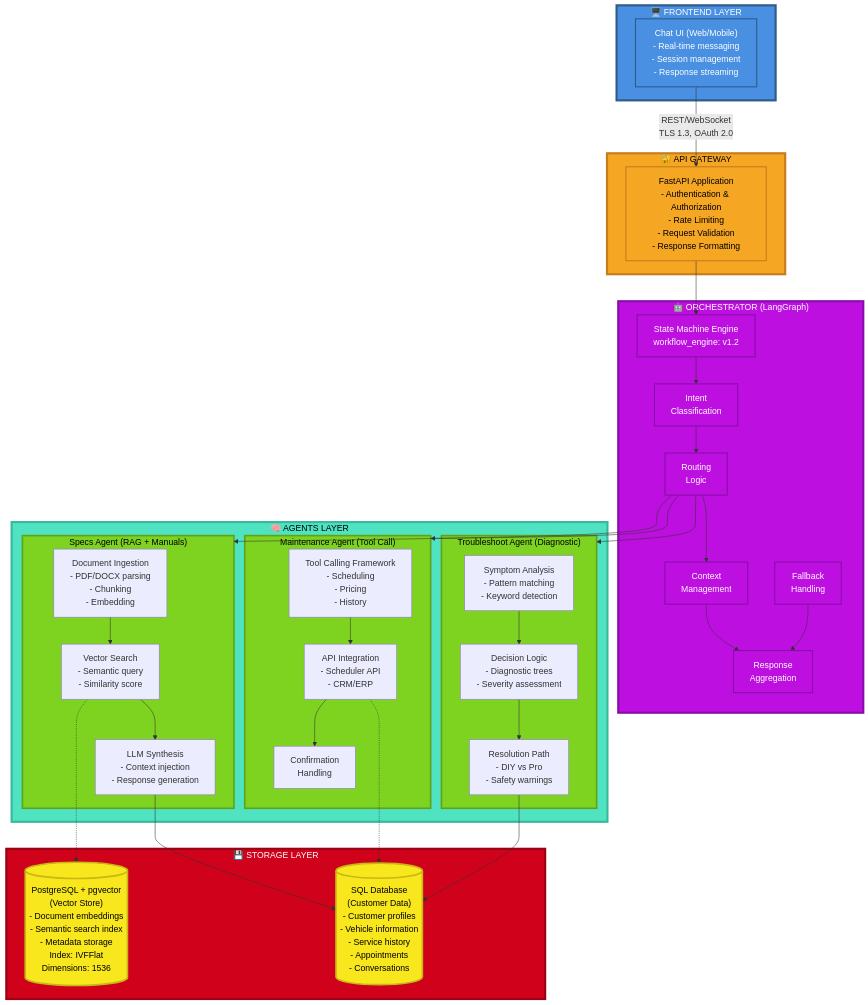
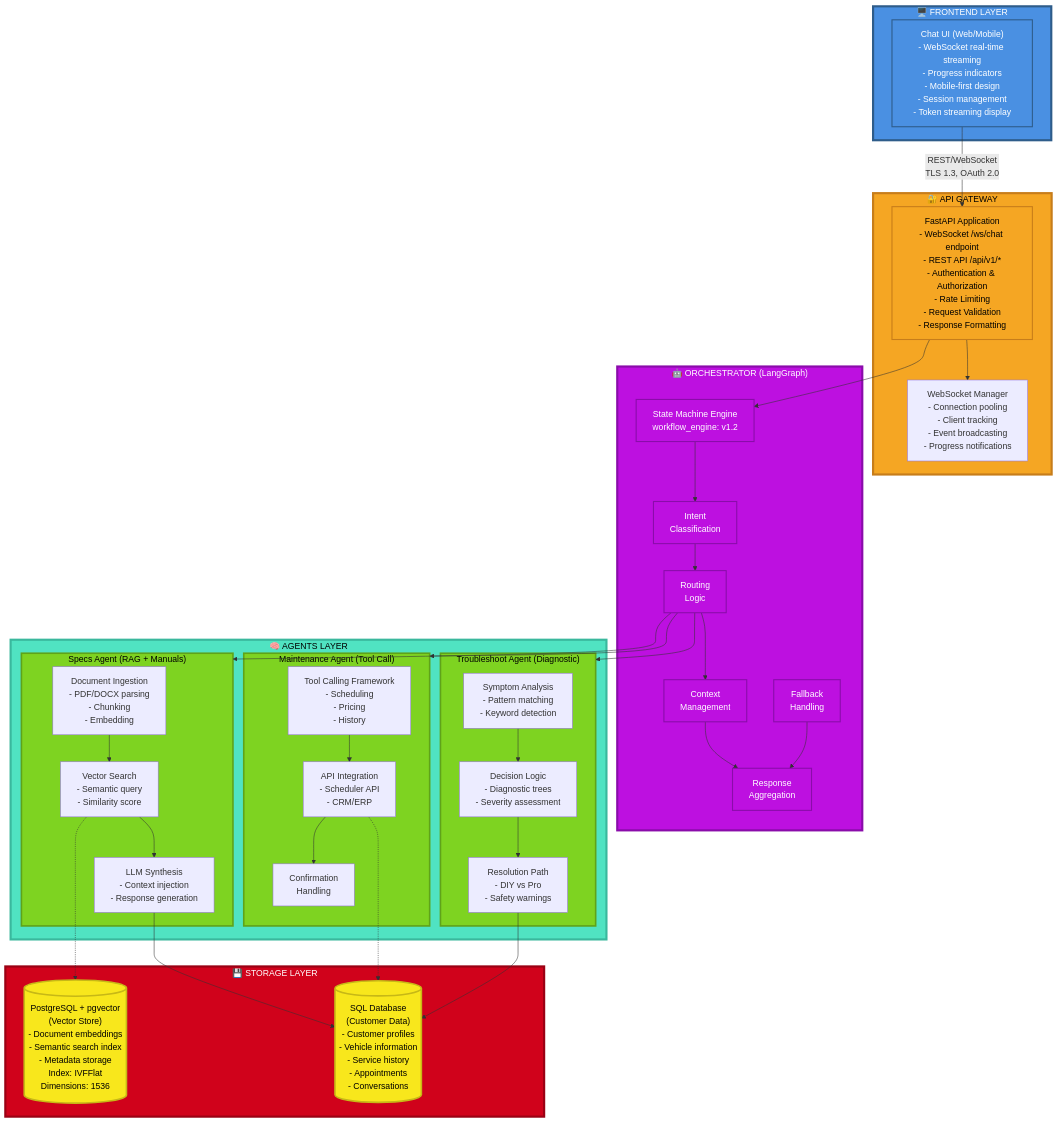
Before and after one commit to Dumorro/genai-auto: the diagram in docs/architecture/ARCHITECTURE.md, drawn with Mermaid. The commit also changed other lines of this file and 1 other file, not shown here.

First line of the commit message:
docs: Update README and architecture for WebSocket chat

````diff
--- a/docs/architecture/ARCHITECTURE.md
+++ b/docs/architecture/ARCHITECTURE.md
@@ -9,11 +9,14 @@
 ```mermaid
 graph TB
     subgraph FRONTEND["🖥️ FRONTEND LAYER"]
-        UI["Chat UI (Web/Mobile)<br/>- Real-time messaging<br/>- Session management<br/>- Response streaming"]
+        UI["Chat UI (Web/Mobile)<br/>- WebSocket real-time streaming<br/>- Progress indicators<br/>- Mobile-first design<br/>- Session management<br/>- Token streaming display"]
     end
     
     subgraph API["🔐 API GATEWAY"]
-        FastAPI["FastAPI Application<br/>- Authentication & Authorization<br/>- Rate Limiting<br/>- Request Validation<br/>- Response Formatting"]
+        FastAPI["FastAPI Application<br/>- WebSocket /ws/chat endpoint<br/>- REST API /api/v1/*<br/>- Authentication & Authorization<br/>- Rate Limiting<br/>- Request Validation<br/>- Response Formatting"]
+        WSManager["WebSocket Manager<br/>- Connection pooling<br/>- Client tracking<br/>- Event broadcasting<br/>- Progress notifications"]
+        
+        FastAPI --> WSManager
     end
     
     subgraph ORCHESTRATOR["🤖 ORCHESTRATOR (LangGraph)"]
````
